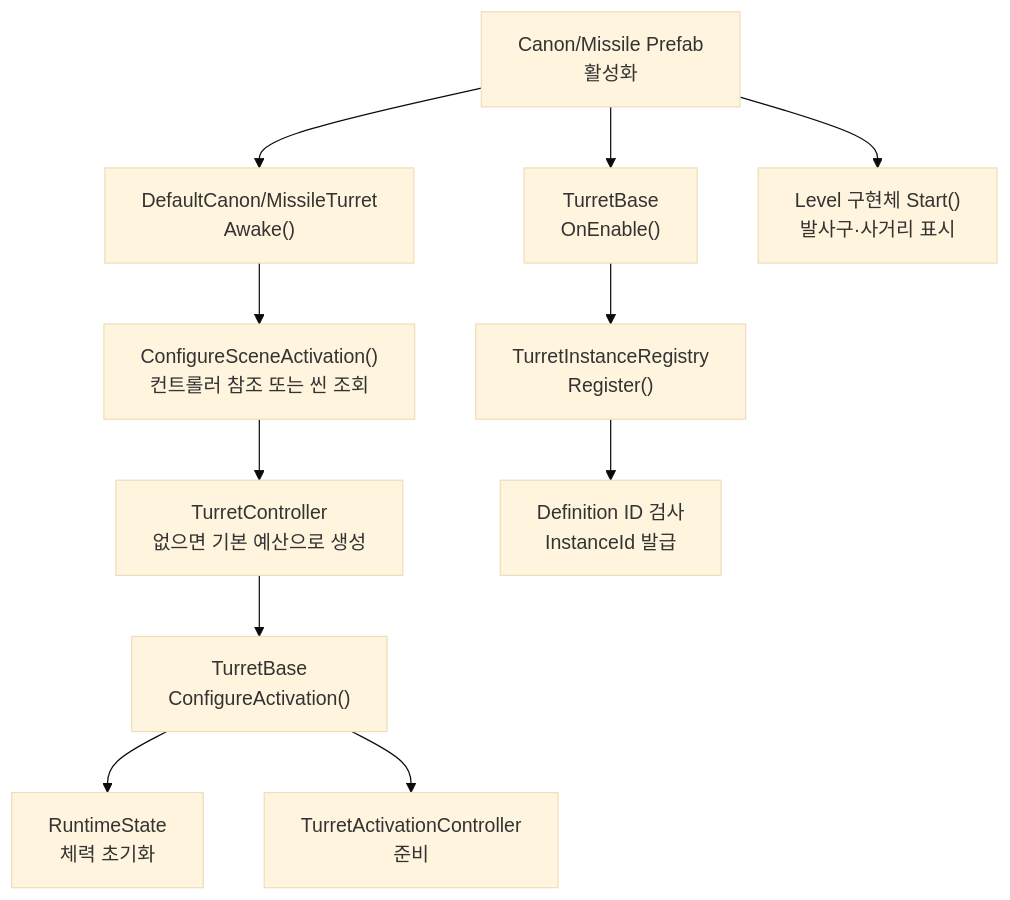
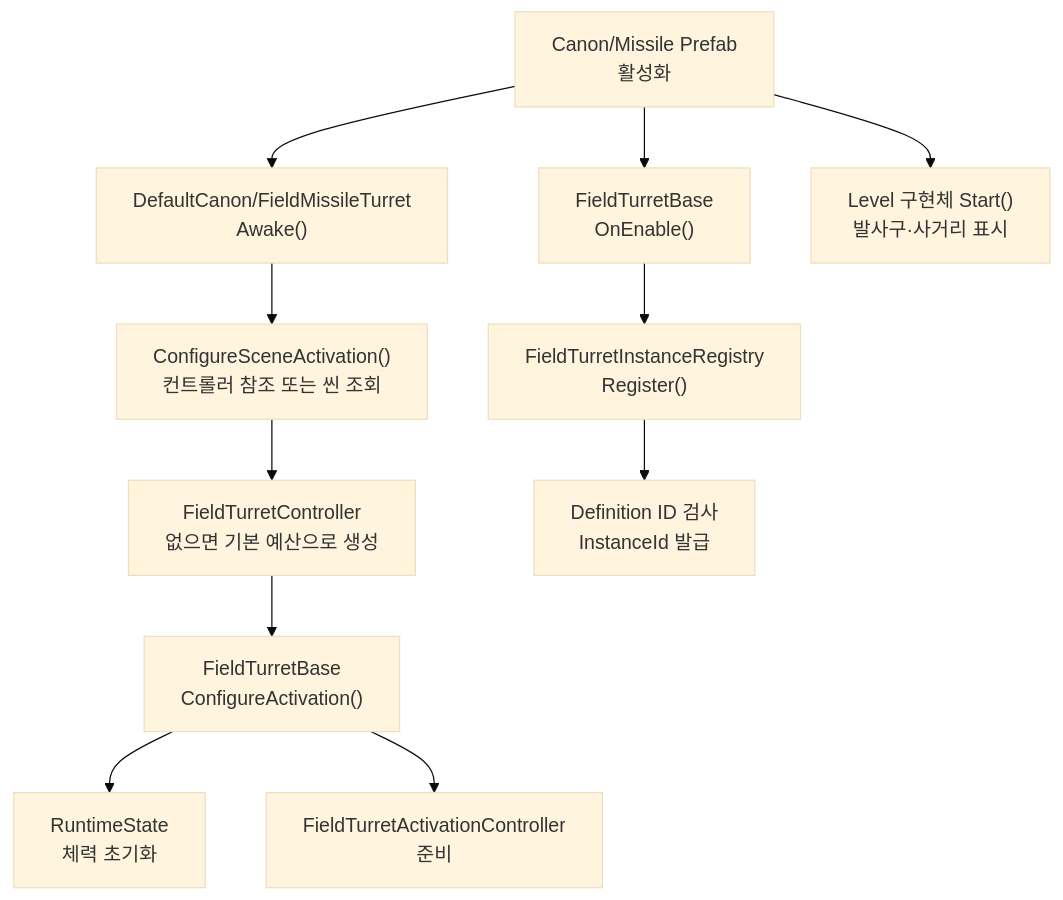
One commit to Team-HJD-21/unity-6-the-developer changed the fourth of 17 diagrams in Docs/architecture/turret-system-guide.md. Above: the diagram before and after it, drawn with Mermaid (base theme). The commit also changed other lines of this file and 12 other files, not shown here.

Commit message:
docs(field-turret): update names and migration guide

````diff
--- a/Docs/architecture/turret-system-guide.md
+++ b/Docs/architecture/turret-system-guide.md
@@ -302,13 +304,13 @@
 ```mermaid
 flowchart TD
-    Prefab["Canon/Missile Prefab<br>활성화"] --> Awake["DefaultCanon/MissileTurret<br>Awake()"]
+    Prefab["Canon/Missile Prefab<br>활성화"] --> Awake["DefaultCanon/FieldMissileTurret<br>Awake()"]
     Awake --> Find["ConfigureSceneActivation()<br>컨트롤러 참조 또는 씬 조회"]
-    Find --> Budget["TurretController<br>없으면 기본 예산으로 생성"]
-    Budget --> Configure["TurretBase<br>ConfigureActivation()"]
+    Find --> Budget["FieldTurretController<br>없으면 기본 예산으로 생성"]
+    Budget --> Configure["FieldTurretBase<br>ConfigureActivation()"]
     Configure --> Health["RuntimeState<br>체력 초기화"]
-    Configure --> Controller["TurretActivationController<br>준비"]
-    Prefab --> Enable["TurretBase<br>OnEnable()"]
-    Enable --> Register["TurretInstanceRegistry<br>Register()"]
+    Configure --> Controller["FieldTurretActivationController<br>준비"]
+    Prefab --> Enable["FieldTurretBase<br>OnEnable()"]
+    Enable --> Register["FieldTurretInstanceRegistry<br>Register()"]
     Register --> Validate["Definition ID 검사<br>InstanceId 발급"]
     Prefab --> Start["Level 구현체 Start()<br>발사구·사거리 표시"]
 ```
````
